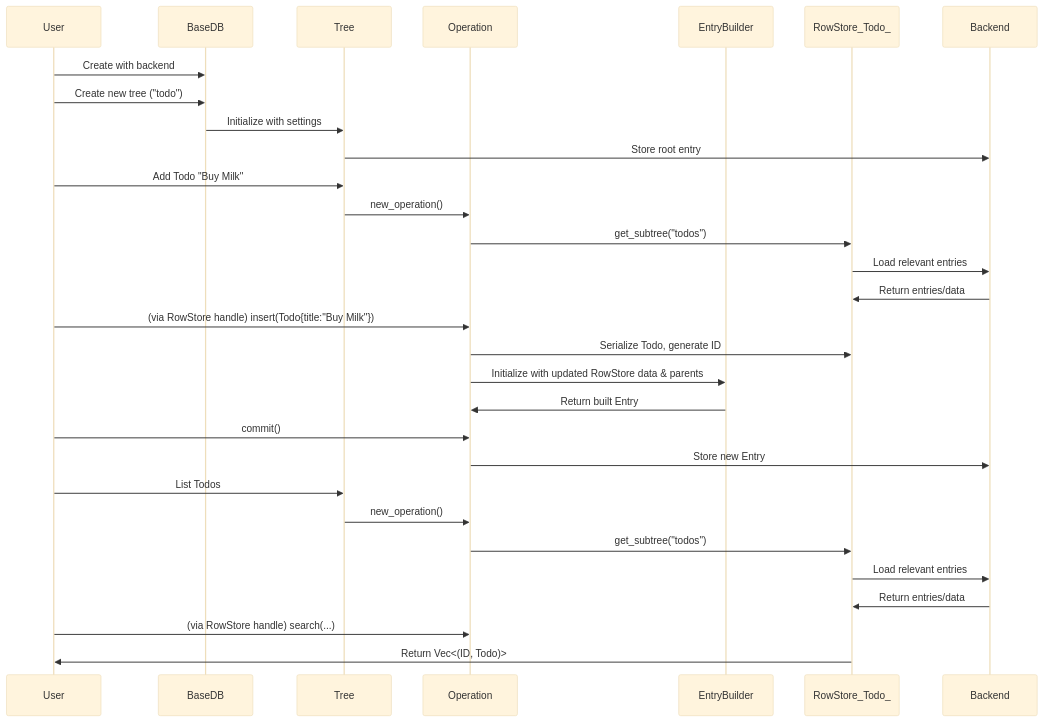
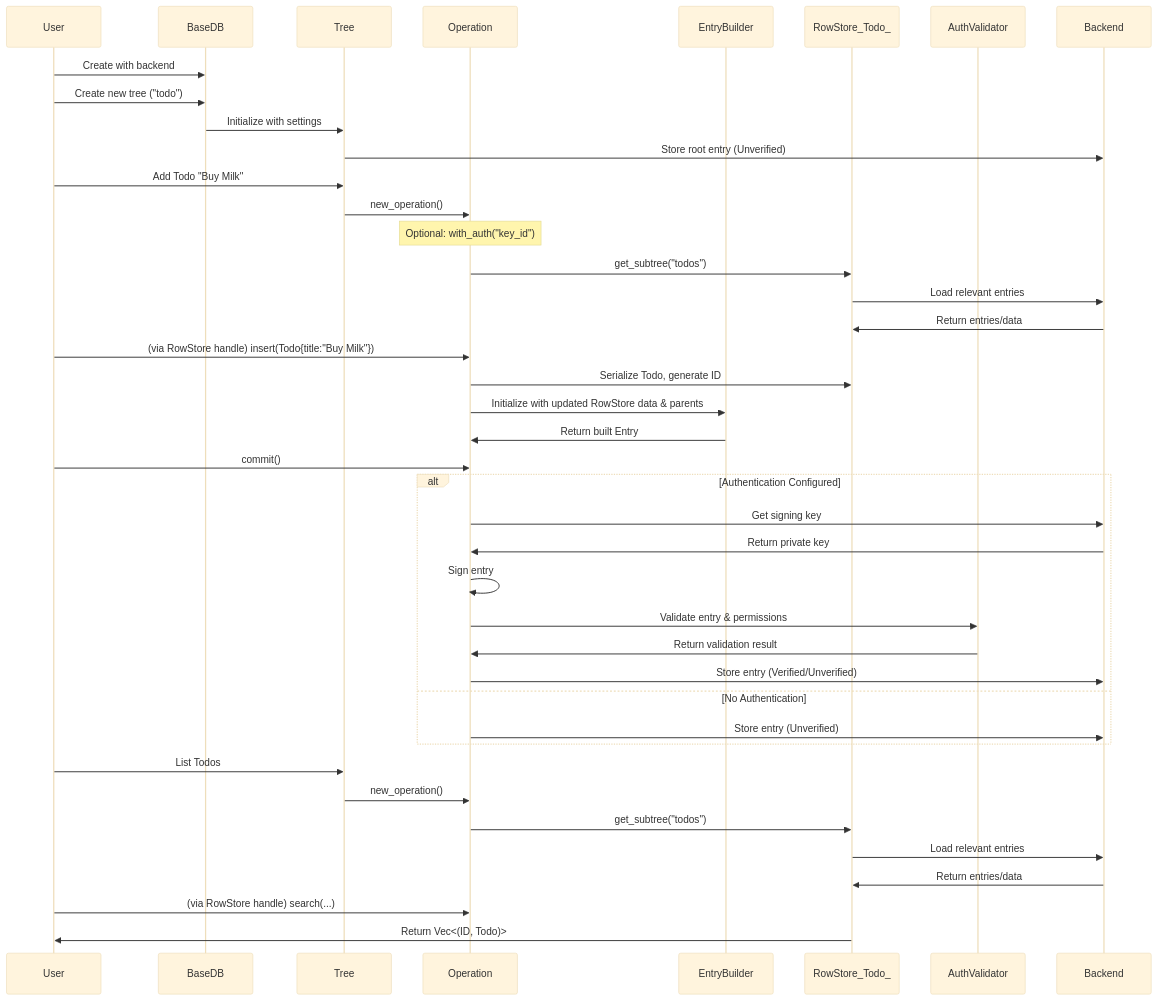
One commit to arcuru/eidetica changed the diagram in docs/src/internal/data_flow.md. Above: the diagram before and after it, drawn with Mermaid (base theme). The commit also changed other lines of this file and 12 other files, not shown here.

First line of the commit message:
feat(auth): integrate entry signing and verification throughout system

````diff
--- a/docs/src/internal/data_flow.md
+++ b/docs/src/internal/data_flow.md
@@ -11,33 +12,46 @@
 ```mermaid
 sequenceDiagram
     participant User
     participant BaseDB
     participant Tree
     participant Operation
     participant EntryBuilder
     participant RowStore_Todo_
+    participant AuthValidator
     participant Backend
 
     User->>BaseDB: Create with backend
     User->>BaseDB: Create new tree ("todo")
     BaseDB->>Tree: Initialize with settings
-    Tree->>Backend: Store root entry
+    Tree->>Backend: Store root entry (Unverified)
     User->>Tree: Add Todo "Buy Milk"
     Tree->>Operation: new_operation()
+    Note over Operation: Optional: with_auth("key_id")
     Operation->>RowStore_Todo_: get_subtree("todos")
     RowStore_Todo_->>Backend: Load relevant entries
     Backend->>RowStore_Todo_: Return entries/data
     User->>Operation: (via RowStore handle) insert(Todo{title:"Buy Milk"})
     Operation->>RowStore_Todo_: Serialize Todo, generate ID
     Operation->>EntryBuilder: Initialize with updated RowStore data & parents
     EntryBuilder->>Operation: Return built Entry
     User->>Operation: commit()
-    Operation->>Backend: Store new Entry
+
+    alt Authentication Configured
+        Operation->>Backend: Get signing key
+        Backend->>Operation: Return private key
+        Operation->>Operation: Sign entry
+        Operation->>AuthValidator: Validate entry & permissions
+        AuthValidator->>Operation: Return validation result
+        Operation->>Backend: Store entry (Verified/Unverified)
+    else No Authentication
+        Operation->>Backend: Store entry (Unverified)
+    end
+
     User->>Tree: List Todos
     Tree->>Operation: new_operation()
     Operation->>RowStore_Todo_: get_subtree("todos")
     RowStore_Todo_->>Backend: Load relevant entries
     Backend->>RowStore_Todo_: Return entries/data
     User->>Operation: (via RowStore handle) search(...)
     RowStore_Todo_->>User: Return Vec<(ID, Todo)>
 ```
````
